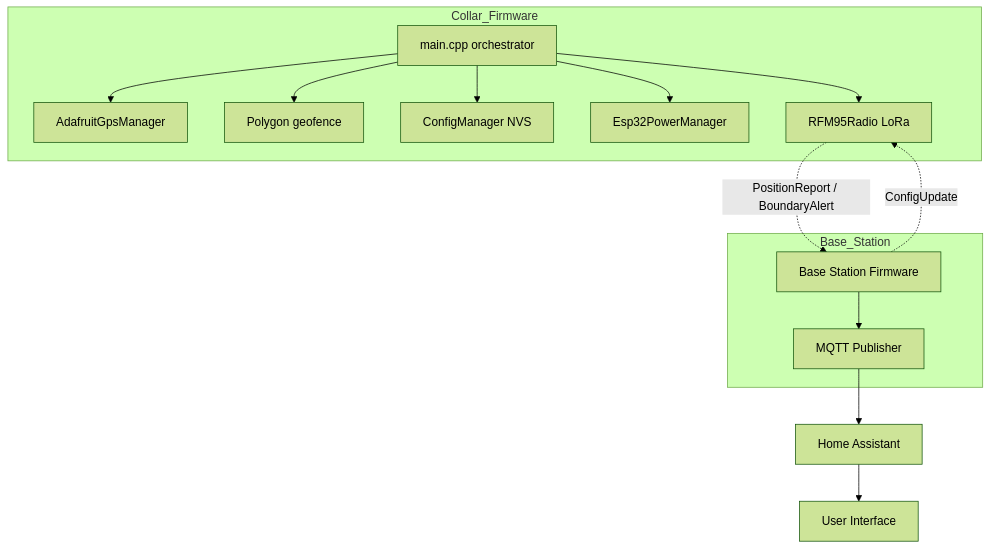
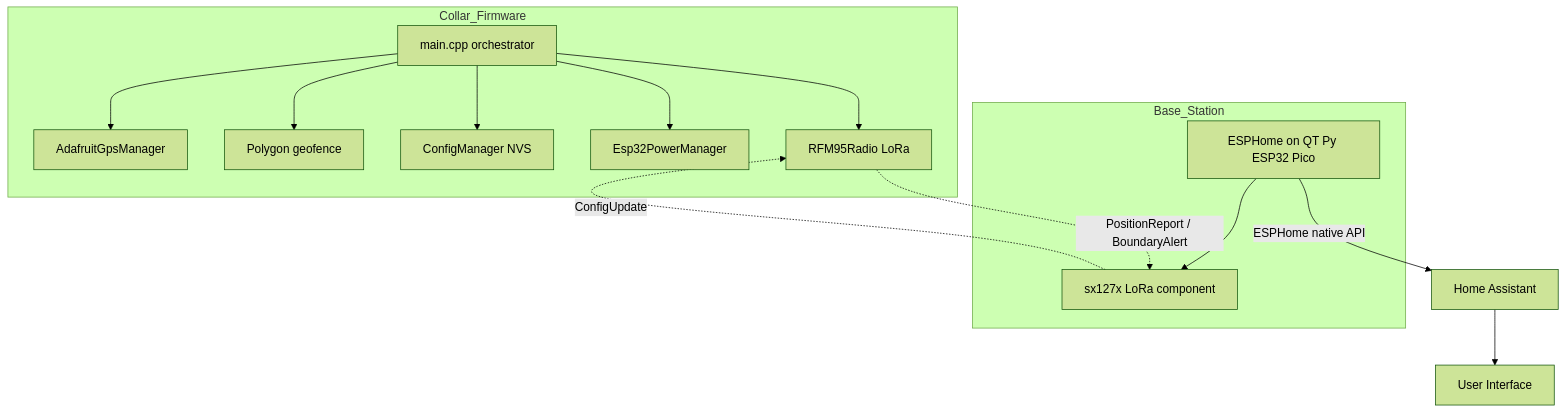
One commit to mmorys/uncollar changed the second of 2 diagrams in README.md. Above: the diagram before and after it, drawn with Mermaid (forest theme). The commit also changed other lines of this file and 1 other file, not shown here.

First line of the commit message:
docs: update READMEs to reflect active basestation and ESPHome stack

````diff
--- a/README.md
+++ b/README.md
@@ -117,25 +115,25 @@
 ```mermaid
 graph TD
     subgraph Collar_Firmware
         MAIN[main.cpp orchestrator]
         GPS[AdafruitGpsManager]
         GEO[Polygon geofence]
         CFG[ConfigManager NVS]
         PWR[Esp32PowerManager]
         RADIO[RFM95Radio LoRa]
         MAIN --> GPS
         MAIN --> GEO
         MAIN --> CFG
         MAIN --> PWR
         MAIN --> RADIO
     end
     subgraph Base_Station
-        BS[Base Station Firmware]
-        MQTT[MQTT Publisher]
-        BS --> MQTT
+        BS[ESPHome on QT Py ESP32 Pico]
+        SX[sx127x LoRa component]
+        BS --> SX
     end
-    RADIO -.->|PositionReport / BoundaryAlert| BS
-    BS -.->|ConfigUpdate| RADIO
-    MQTT --> HA[Home Assistant]
+    RADIO -.->|PositionReport / BoundaryAlert| SX
+    SX -.->|ConfigUpdate| RADIO
+    BS -->|ESPHome native API| HA[Home Assistant]
     HA --> UI[User Interface]
 ```
````
